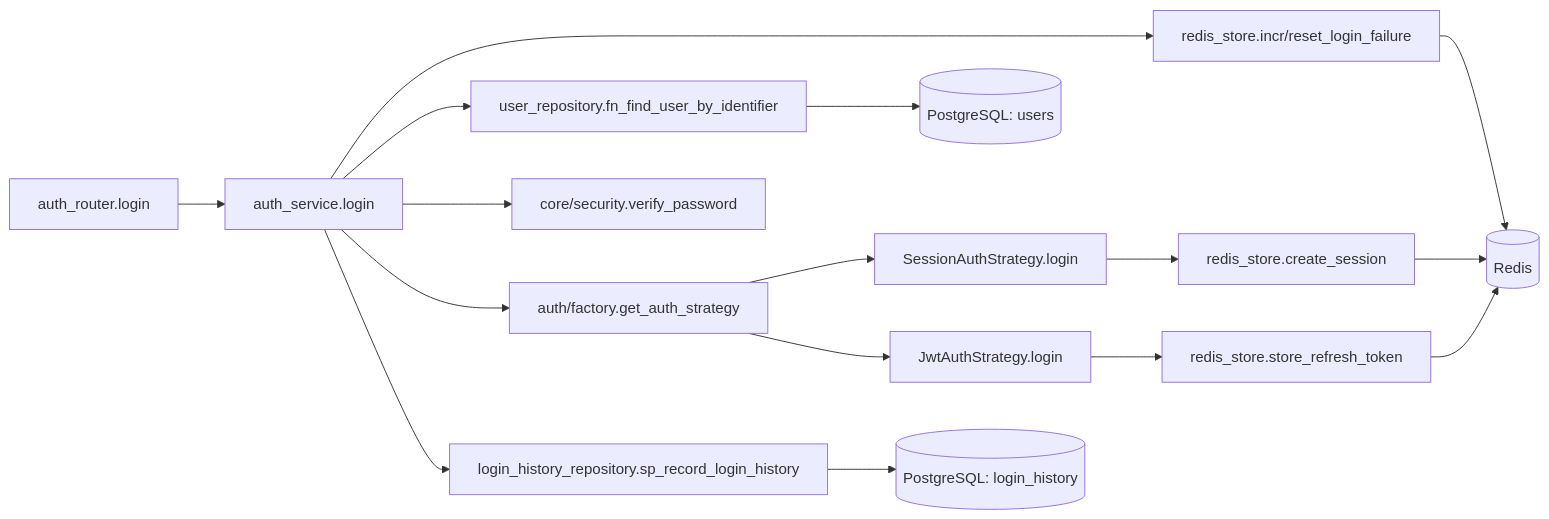
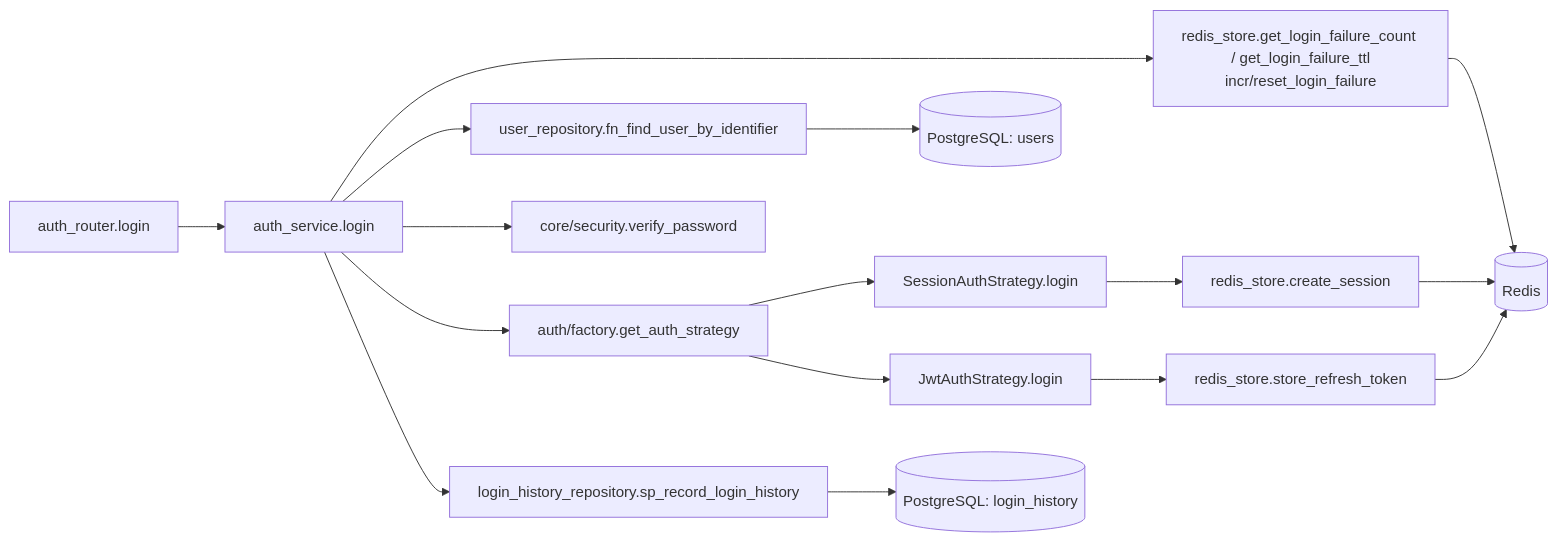
Before and after one commit to oikawa-d/task_management: the third of 4 diagrams in docs/detailed_design/api/auth/02_post_auth_login.md, drawn with Mermaid. The commit also changed other lines of this file and 3 other files, not shown here.

````diff
--- a/docs/detailed_design/api/auth/02_post_auth_login.md
+++ b/docs/detailed_design/api/auth/02_post_auth_login.md
@@ -263,18 +267,18 @@
 ```mermaid
 flowchart LR
     R["auth_router.login"] --> S["auth_service.login"]
-    S --> RS1["redis_store.incr/reset_login_failure"]
+    S --> RS1["redis_store.get_login_failure_count / get_login_failure_ttl<br/>incr/reset_login_failure"]
     S --> URP["user_repository.fn_find_user_by_identifier"]
     S --> SEC["core/security.verify_password"]
     S --> FACT["auth/factory.get_auth_strategy"]
     FACT --> SESS["SessionAuthStrategy.login"]
     FACT --> JWTS["JwtAuthStrategy.login"]
     SESS --> RS2["redis_store.create_session"]
     JWTS --> RS3["redis_store.store_refresh_token"]
     S --> LRP["login_history_repository.sp_record_login_history"]
     RS1 --> RD[("Redis")]
     RS2 --> RD
     RS3 --> RD
     URP --> PG[("PostgreSQL: users")]
     LRP --> PG2[("PostgreSQL: login_history")]
 ```
````
